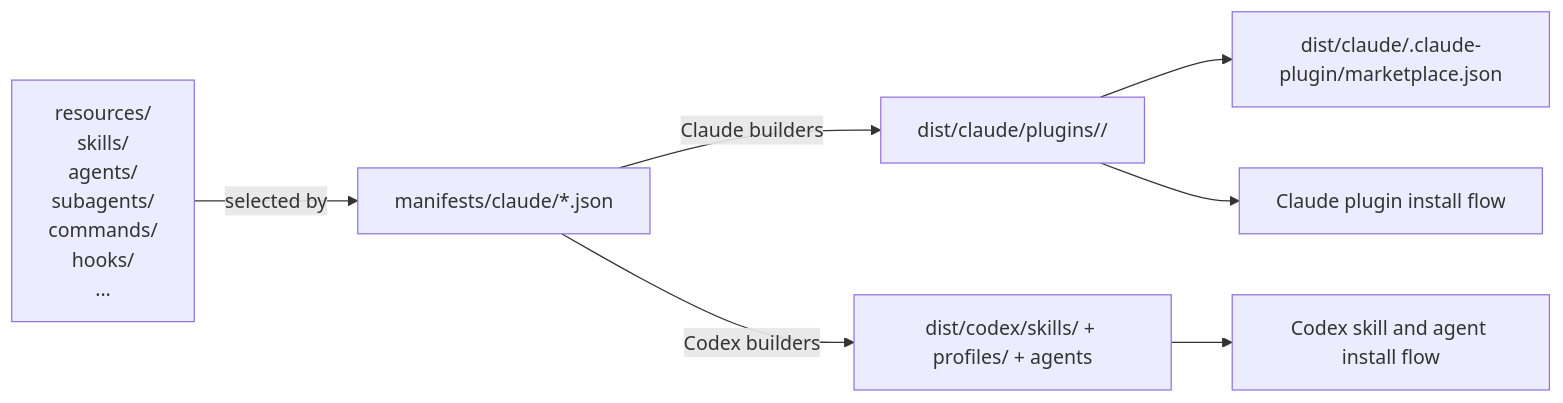
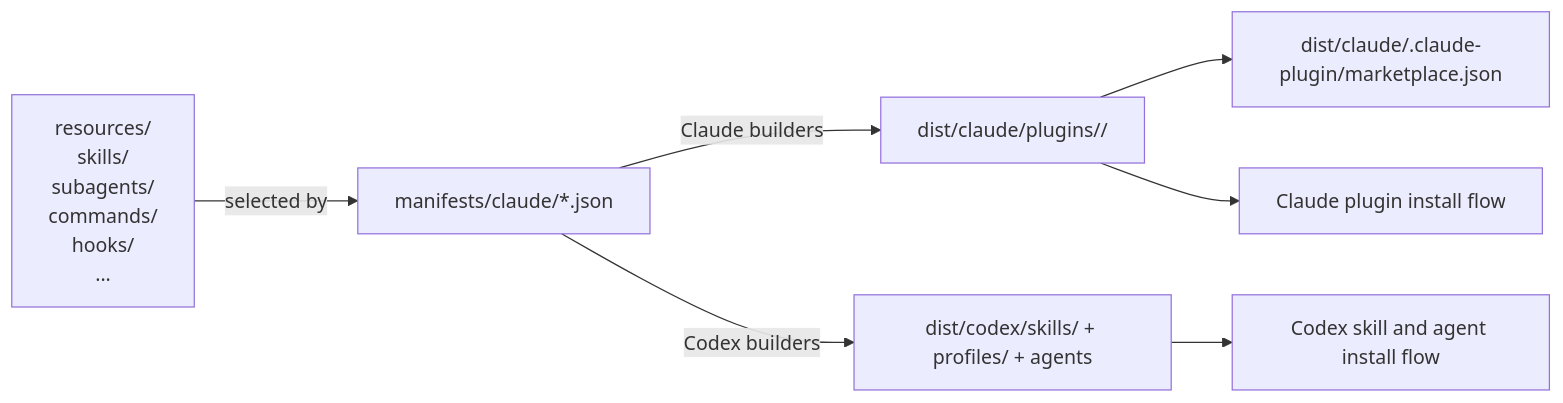
Before and after one commit to basidiocarp/lamella: the diagram in docs/architecture.md, drawn with Mermaid. The commit also changed other lines of this file and 12 other files, not shown here.

````diff
--- a/docs/architecture.md
+++ b/docs/architecture.md
@@ -25,9 +25,9 @@
 ```mermaid
 flowchart LR
-    A["resources/\nskills/\nagents/\nsubagents/\ncommands/\nhooks/\n..."] -->|selected by| B[manifests/claude/*.json]
+    A["resources/\nskills/\nsubagents/\ncommands/\nhooks/\n..."] -->|selected by| B[manifests/claude/*.json]
     B -->|Claude builders| C[dist/claude/plugins/<name>/]
     B -->|Codex builders| D[dist/codex/skills/ + profiles/ + agents]
     C --> E[dist/claude/.claude-plugin/marketplace.json]
     C --> F[Claude plugin install flow]
     D --> G[Codex skill and agent install flow]
 ```
````
